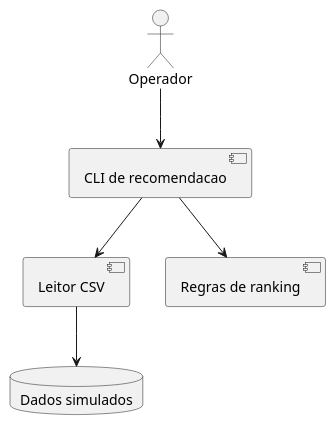
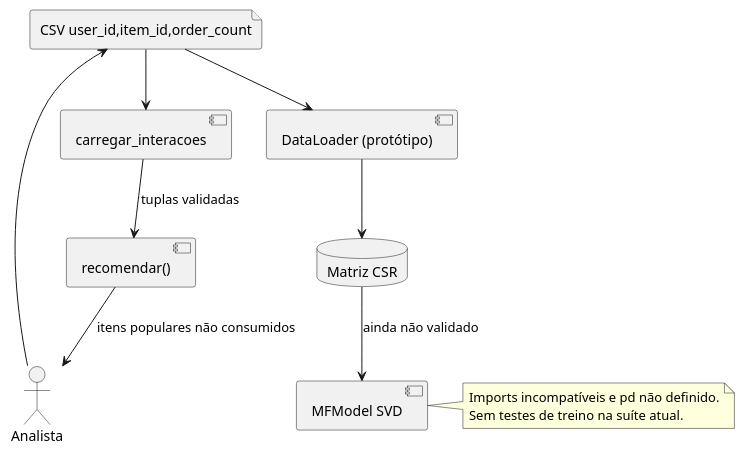
One commit to DanieldeAlmeida2024/Projeto-IAGen-Ifood changed the diagram in docs/UML.puml. Above: the diagram before and after it, drawn with PlantUML. The commit also changed 11 other files, not shown here.

Commit message:
docs(recomendacao): diferenciar baseline real e prototipo SVD, testes e UML (#2)

```diff
--- a/docs/UML.puml
+++ b/docs/UML.puml
@@ -1,11 +1,20 @@
 @startuml
-actor Operador
-component "CLI de recomendacao" as CLI
-component "Leitor CSV" as Leitor
-component "Regras de ranking" as Ranking
-database "Dados simulados" as CSV
-Operador --> CLI
-CLI --> Leitor
-Leitor --> CSV
-CLI --> Ranking
+actor "Analista" as A
+file "CSV user_id,item_id,order_count" as CSV
+component "carregar_interacoes" as Load
+component "recomendar()" as Pop
+component "MFModel SVD" as MF
+database "Matriz CSR" as CSR
+component "DataLoader (protótipo)" as Loader
+A --> CSV
+CSV --> Load
+Load --> Pop : tuplas validadas
+Pop --> A : itens populares não consumidos
+CSV --> Loader
+Loader --> CSR
+CSR --> MF : ainda não validado
+note right of MF
+Imports incompatíveis e pd não definido.
+Sem testes de treino na suíte atual.
+end note
 @enduml
```
